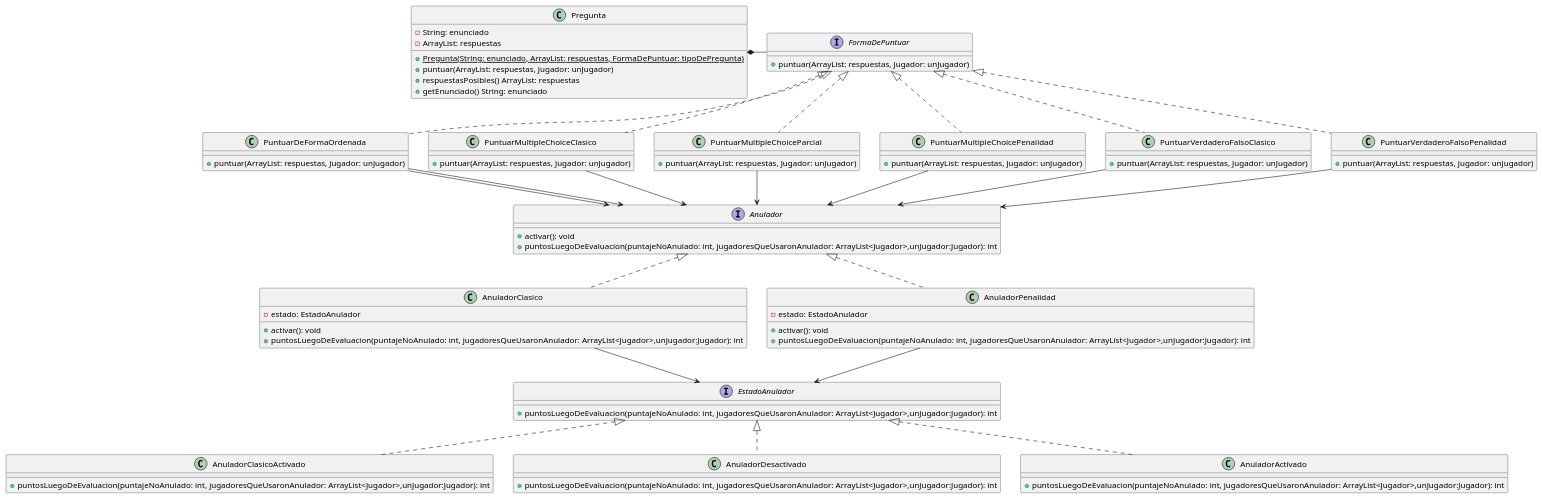
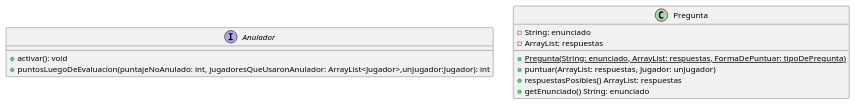
Before and after one commit to lorenzocabirta7/TP2-Algoritmos-y-Programacion-III: the diagram in diagrams/classes/Anulador.puml, drawn with PlantUML. The commit also changed 8 other files, not shown here.

Commit message:
agrego Diagramas

```diff
--- a/diagrams/classes/Anulador.puml
+++ b/diagrams/classes/Anulador.puml
@@ -1,78 +1,19 @@
 @startuml
 interface Anulador {
     +activar(): void
     +puntosLuegoDeEvaluacion(puntajeNoAnulado: int, jugadoresQueUsaronAnulador: ArrayList<Jugador>,unJugador:Jugador): int
 }
-class AnuladorClasico implements Anulador{
-    -estado: EstadoAnulador
-    +activar(): void
-    +puntosLuegoDeEvaluacion(puntajeNoAnulado: int, jugadoresQueUsaronAnulador: ArrayList<Jugador>,unJugador:Jugador): int
-}
-class AnuladorClasicoActivado implements EstadoAnulador {
-    +puntosLuegoDeEvaluacion(puntajeNoAnulado: int, jugadoresQueUsaronAnulador: ArrayList<Jugador>,unJugador:Jugador): int
-}
-class AnuladorDesactivado implements EstadoAnulador{
-    +puntosLuegoDeEvaluacion(puntajeNoAnulado: int, jugadoresQueUsaronAnulador: ArrayList<Jugador>,unJugador:Jugador): int
-}
 
-class AnuladorPenalidad implements Anulador {
-    -estado: EstadoAnulador
-    +activar(): void
-    +puntosLuegoDeEvaluacion(puntajeNoAnulado: int, jugadoresQueUsaronAnulador: ArrayList<Jugador>,unJugador:Jugador): int
-}
-class AnuladorActivado implements EstadoAnulador{
-    +puntosLuegoDeEvaluacion(puntajeNoAnulado: int, jugadoresQueUsaronAnulador: ArrayList<Jugador>,unJugador:Jugador): int
-}
-interface EstadoAnulador {
-    +puntosLuegoDeEvaluacion(puntajeNoAnulado: int, jugadoresQueUsaronAnulador: ArrayList<Jugador>,unJugador:Jugador): int
-}
+
 class Pregunta {
     - String: enunciado
     - ArrayList: respuestas
 
     +{static}Pregunta(String: enunciado, ArrayList: respuestas, FormaDePuntuar: tipoDePregunta)
     + puntuar(ArrayList: respuestas, Jugador: unJugador)
     + respuestasPosibles() ArrayList: respuestas
     + getEnunciado() String: enunciado
 }
 
-interface FormaDePuntuar {
-    + puntuar(ArrayList: respuestas, Jugador: unJugador)
-}
 
-class PuntuarDeFormaOrdenada implements FormaDePuntuar{
-    + puntuar(ArrayList: respuestas, Jugador: unJugador)
-}
-
-class PuntuarMultipleChoiceClasico implements FormaDePuntuar{
-    + puntuar(ArrayList: respuestas, Jugador: unJugador)
-}
-
-class PuntuarMultipleChoiceParcial implements FormaDePuntuar{
-    + puntuar(ArrayList: respuestas, Jugador: unJugador)
-}
-
-class PuntuarMultipleChoicePenalidad implements FormaDePuntuar{
-    + puntuar(ArrayList: respuestas, Jugador: unJugador)
-}
-
-class PuntuarVerdaderoFalsoClasico implements FormaDePuntuar{
-    + puntuar(ArrayList: respuestas, Jugador: unJugador)
-}
-
-class PuntuarVerdaderoFalsoPenalidad implements FormaDePuntuar{
-    + puntuar(ArrayList: respuestas, Jugador: unJugador)
-}
-
-PuntuarDeFormaOrdenada --> Anulador
-PuntuarMultipleChoiceClasico --> Anulador
-PuntuarMultipleChoiceParcial  --> Anulador
-PuntuarMultipleChoicePenalidad  --> Anulador
-PuntuarVerdaderoFalsoPenalidad  --> Anulador
-PuntuarVerdaderoFalsoClasico  --> Anulador
-PuntuarDeFormaOrdenada  --> Anulador
-
-AnuladorClasico --> EstadoAnulador
-AnuladorPenalidad --> EstadoAnulador
-Pregunta *- FormaDePuntuar
 @enduml
```
